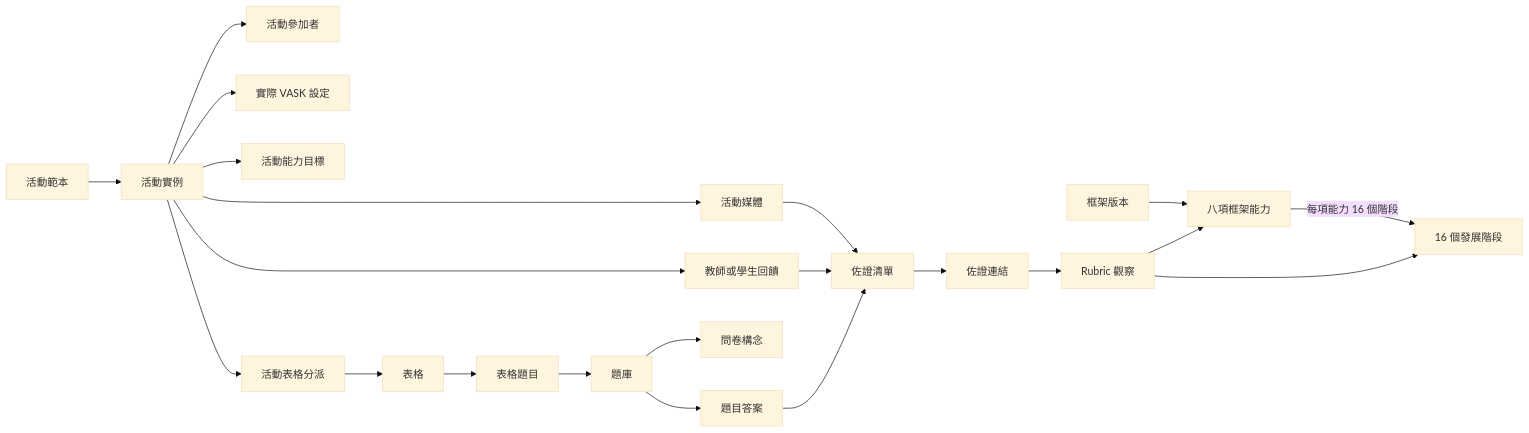
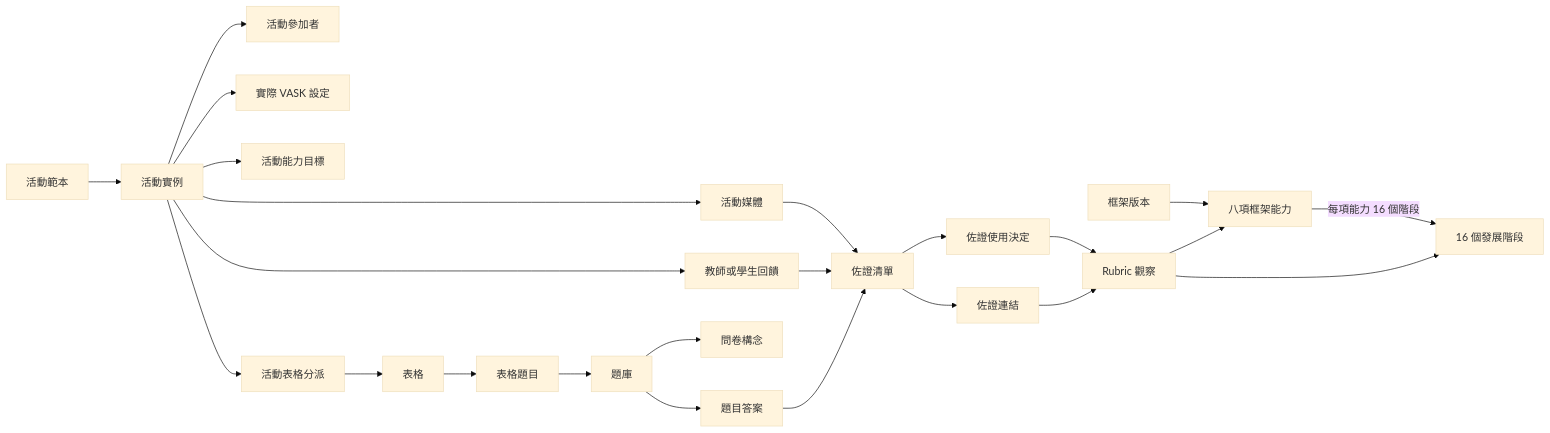
Before and after one commit to heison-octopus/testing-port: the diagram in output/Chinese/資料欄位修訂.md, drawn with Mermaid (base theme). The commit also changed other lines of this file and 79 other files, not shown here.

````diff
--- a/output/Chinese/資料欄位修訂.md
+++ b/output/Chinese/資料欄位修訂.md
@@ -672,27 +722,29 @@
 ```mermaid
 flowchart LR
     AT[活動範本] --> AI[活動實例]
     AI --> AP[活動參加者]
     AI --> AV[實際 VASK 設定]
     AI --> AFT[活動能力目標]
     AI --> AM[活動媒體]
     AI --> AFA[活動表格分派]
     AI --> FB[教師或學生回饋]
 
     F[表格] --> FQ[表格題目]
     FQ --> Q[題庫]
     Q --> QC[問卷構念]
     Q --> QR[題目答案]
     QR --> PI[佐證清單]
 
     FB --> PI
     AM --> PI
     PI --> PL[佐證連結]
     PL --> RO[Rubric 觀察]
+    PI --> PUD[佐證使用決定]
+    PUD --> RO
     RO --> FS[八項框架能力]
     RO --> FST[16 個發展階段]
 
     FW[框架版本] --> FS
     FS -->|每項能力 16 個階段| FST
     AFA --> F
 ```
````
